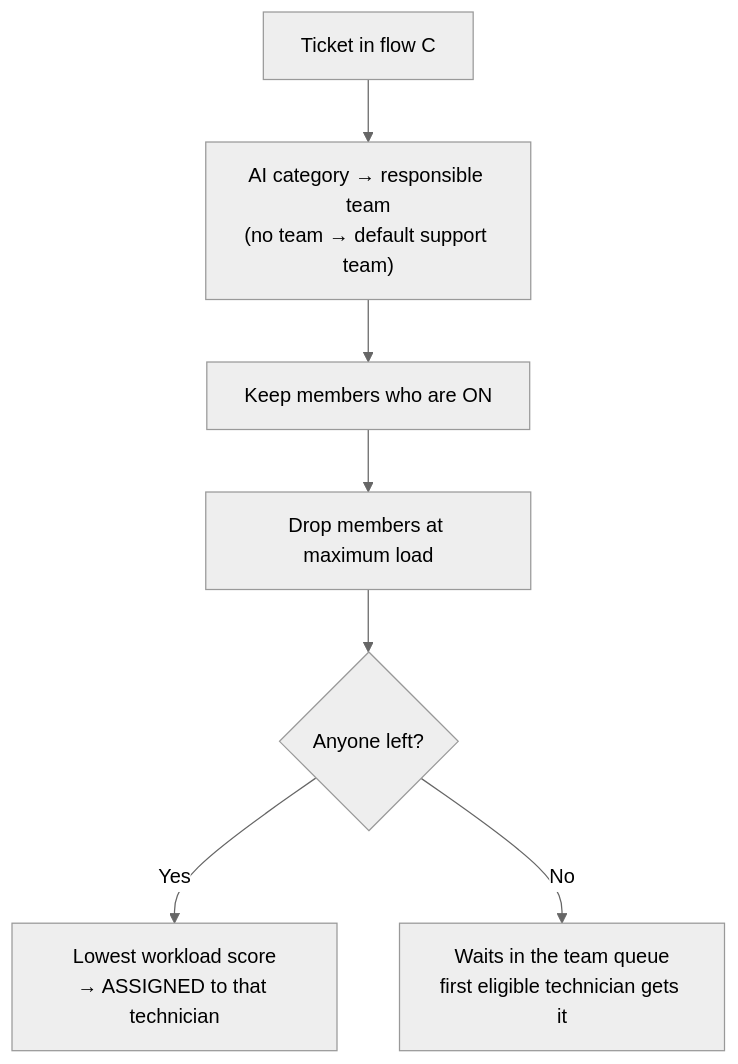
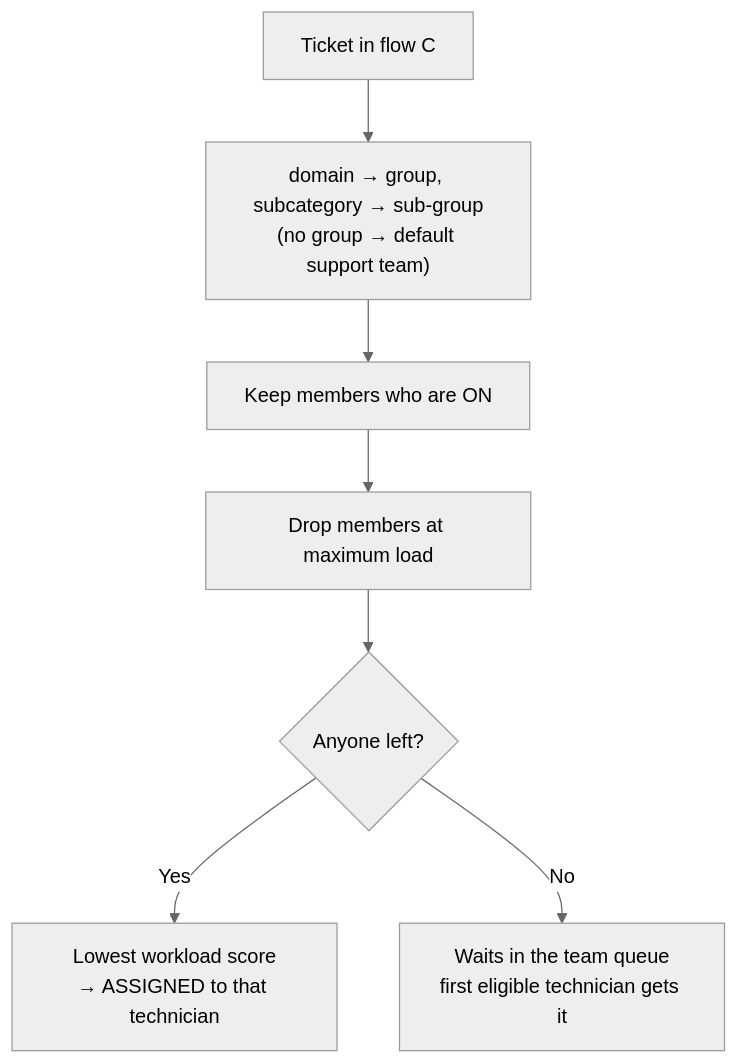
The second of 5 diagrams in docs/f05-workflow-automation/02-use-cases.md (Akaza-ban/Fable), drawn with Mermaid (neutral theme) before and after one commit. The commit also changed other lines of this file and 9 other files, not shown here.

Commit message:
docs(F05): full AI analysis, support level, auto-filled fields, automatic priority, group/sub-group/AI agent routing

````diff
--- a/docs/f05-workflow-automation/02-use-cases.md
+++ b/docs/f05-workflow-automation/02-use-cases.md
@@ -117,9 +155,9 @@
 ```mermaid
 flowchart TD
-    t["Ticket in flow C"] --> rule["AI category → responsible team<br/>(no team → default support team)"]
+    t["Ticket in flow C"] --> rule["domain → group, subcategory → sub-group<br/>(no group → default support team)"]
     rule --> f1["Keep members who are ON"]
     f1 --> f2["Drop members at maximum load"]
     f2 --> any{"Anyone left?"}
     any -- "Yes" --> pick["Lowest workload score<br/>→ ASSIGNED to that technician"]
     any -- "No" --> wait["Waits in the team queue<br/>first eligible technician gets it"]
 ```
````
